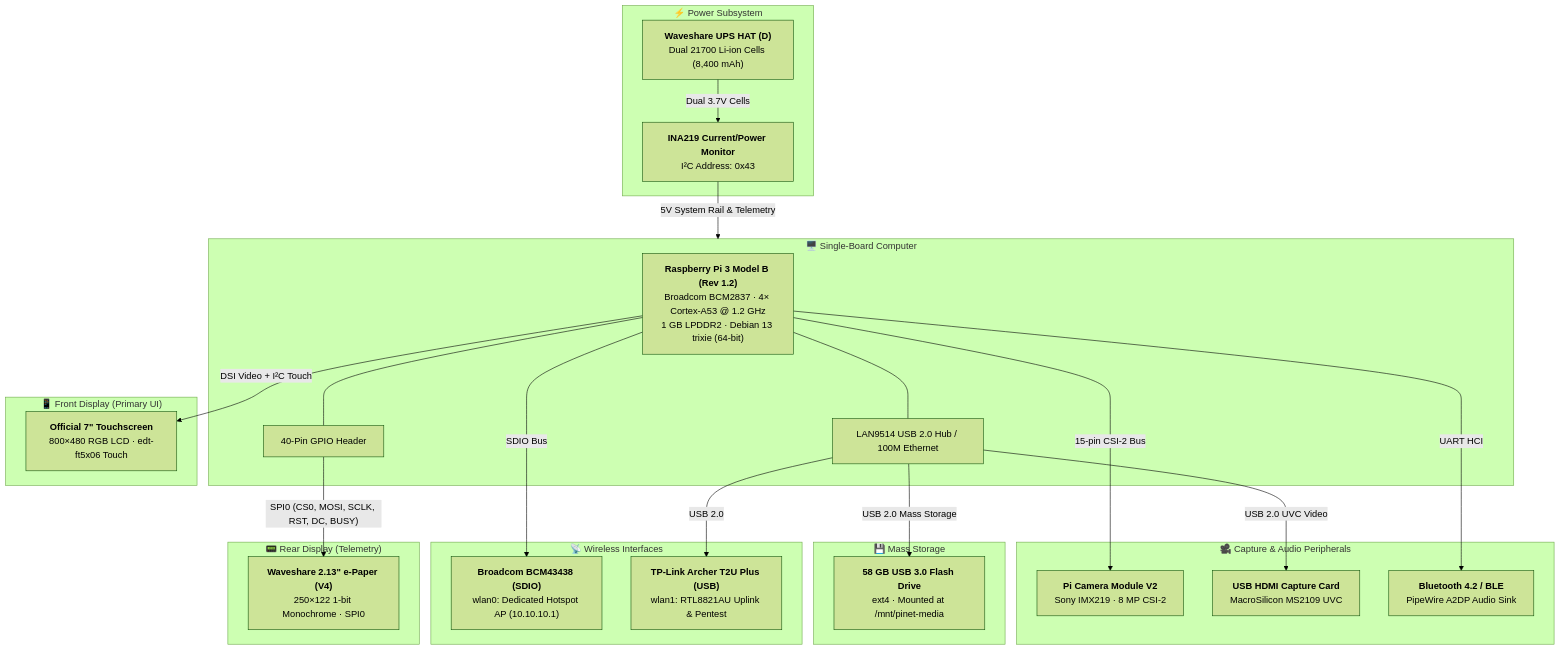
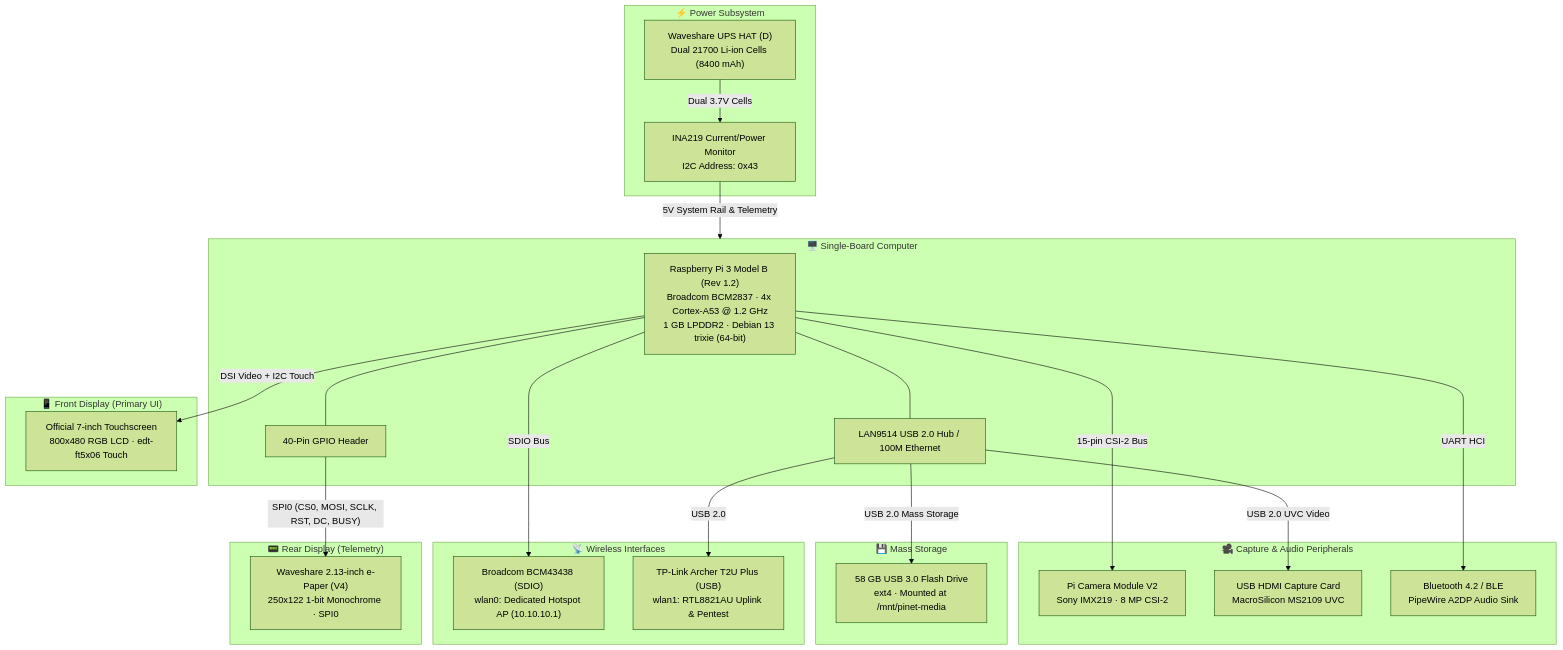
The diagram in README.md (rupal2k/pinet), drawn with Mermaid (forest theme) before and after one commit. The commit also changed other lines of this file, not shown here.

Commit message:
docs: fix Mermaid syntax error and remove diagram generator script link

````diff
--- a/README.md
+++ b/README.md
@@ -93,49 +92,49 @@
 ```mermaid
 flowchart TD
     subgraph Power["⚡ Power Subsystem"]
-        UPS["<b>Waveshare UPS HAT (D)</b><br/>Dual 21700 Li-ion Cells (8,400 mAh)"]
-        INA["<b>INA219 Current/Power Monitor</b><br/>I²C Address: 0x43"]
+        UPS["Waveshare UPS HAT (D)<br/>Dual 21700 Li-ion Cells (8400 mAh)"]
+        INA["INA219 Current/Power Monitor<br/>I2C Address: 0x43"]
         UPS -->|"Dual 3.7V Cells"| INA
     end
 
     subgraph SBC["🖥️ Single-Board Computer"]
-        SOC["<b>Raspberry Pi 3 Model B (Rev 1.2)</b><br/>Broadcom BCM2837 · 4× Cortex-A53 @ 1.2 GHz<br/>1 GB LPDDR2 · Debian 13 trixie (64-bit)"]
+        SOC["Raspberry Pi 3 Model B (Rev 1.2)<br/>Broadcom BCM2837 · 4x Cortex-A53 @ 1.2 GHz<br/>1 GB LPDDR2 · Debian 13 trixie (64-bit)"]
         GPIO["40-Pin GPIO Header"]
         USB_HUB["LAN9514 USB 2.0 Hub / 100M Ethernet"]
         SOC --- GPIO
         SOC --- USB_HUB
     end
 
     subgraph Front["📱 Front Display (Primary UI)"]
-        DSI["<b>Official 7&quot; Touchscreen</b><br/>800×480 RGB LCD · edt-ft5x06 Touch"]
+        DSI["Official 7-inch Touchscreen<br/>800x480 RGB LCD · edt-ft5x06 Touch"]
     end
 
     subgraph Rear["📟 Rear Display (Telemetry)"]
-        EPD["<b>Waveshare 2.13&quot; e-Paper (V4)</b><br/>250×122 1-bit Monochrome · SPI0"]
+        EPD["Waveshare 2.13-inch e-Paper (V4)<br/>250x122 1-bit Monochrome · SPI0"]
     end
 
     subgraph Wireless["📡 Wireless Interfaces"]
-        WLAN0["<b>Broadcom BCM43438 (SDIO)</b><br/>wlan0: Dedicated Hotspot AP (10.10.10.1)"]
-        WLAN1["<b>TP-Link Archer T2U Plus (USB)</b><br/>wlan1: RTL8821AU Uplink &amp; Pentest"]
+        WLAN0["Broadcom BCM43438 (SDIO)<br/>wlan0: Dedicated Hotspot AP (10.10.10.1)"]
+        WLAN1["TP-Link Archer T2U Plus (USB)<br/>wlan1: RTL8821AU Uplink & Pentest"]
     end
 
-    subgraph Media["🎥 Capture &amp; Audio Peripherals"]
-        CAM["<b>Pi Camera Module V2</b><br/>Sony IMX219 · 8 MP CSI-2"]
-        UVC["<b>USB HDMI Capture Card</b><br/>MacroSilicon MS2109 UVC"]
-        BT["<b>Bluetooth 4.2 / BLE</b><br/>PipeWire A2DP Audio Sink"]
+    subgraph Media["🎥 Capture & Audio Peripherals"]
+        CAM["Pi Camera Module V2<br/>Sony IMX219 · 8 MP CSI-2"]
+        UVC["USB HDMI Capture Card<br/>MacroSilicon MS2109 UVC"]
+        BT["Bluetooth 4.2 / BLE<br/>PipeWire A2DP Audio Sink"]
     end
 
     subgraph Storage["💾 Mass Storage"]
-        DISK["<b>58 GB USB 3.0 Flash Drive</b><br/>ext4 · Mounted at /mnt/pinet-media"]
+        DISK["58 GB USB 3.0 Flash Drive<br/>ext4 · Mounted at /mnt/pinet-media"]
     end
 
-    INA -->|"5V System Rail &amp; Telemetry"| SBC
-    SOC -->|"DSI Video + I²C Touch"| DSI
+    INA -->|"5V System Rail & Telemetry"| SBC
+    SOC -->|"DSI Video + I2C Touch"| DSI
     GPIO -->|"SPI0 (CS0, MOSI, SCLK, RST, DC, BUSY)"| EPD
     SOC -->|"SDIO Bus"| WLAN0
     USB_HUB -->|"USB 2.0"| WLAN1
     SOC -->|"15-pin CSI-2 Bus"| CAM
     USB_HUB -->|"USB 2.0 UVC Video"| UVC
     SOC -->|"UART HCI"| BT
     USB_HUB -->|"USB 2.0 Mass Storage"| DISK
 ```
````
